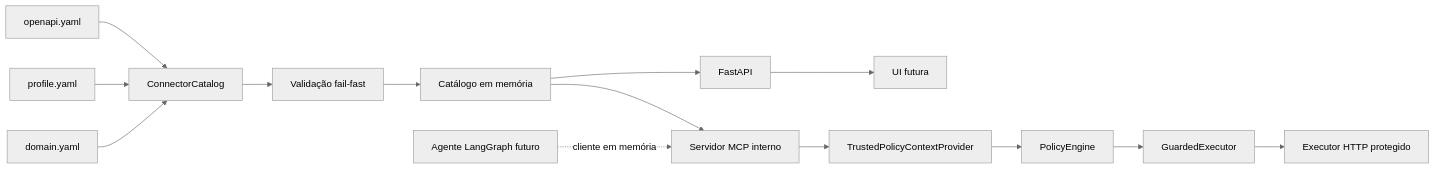
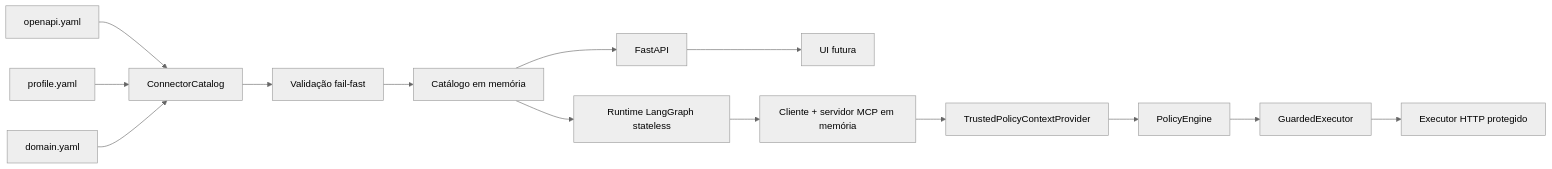
Before and after one commit to ChristianGandra21/indusguard: the first of 5 diagrams in docs/architecture.md, drawn with Mermaid (neutral theme). The commit also changed other lines of this file and 14 other files, not shown here.

Commit message:
feat: add internal LangGraph agent runtime

````diff
--- a/docs/architecture.md
+++ b/docs/architecture.md
@@ -9,16 +9,16 @@
 ```mermaid
 flowchart LR
     O[openapi.yaml] --> L[ConnectorCatalog]
     Y[profile.yaml] --> L
     D[domain.yaml] --> L
     L --> V[Validação fail-fast]
     V --> C[Catálogo em memória]
     C --> API[FastAPI]
     API --> UI[UI futura]
-    C --> MCP[Servidor MCP interno]
+    C --> A[Runtime LangGraph stateless]
+    A --> MCP[Cliente + servidor MCP em memória]
     MCP --> T[TrustedPolicyContextProvider]
     T --> P[PolicyEngine]
     P --> G[GuardedExecutor]
     G --> E[Executor HTTP protegido]
-    A[Agente LangGraph futuro] -. cliente em memória .-> MCP
 ```
````
